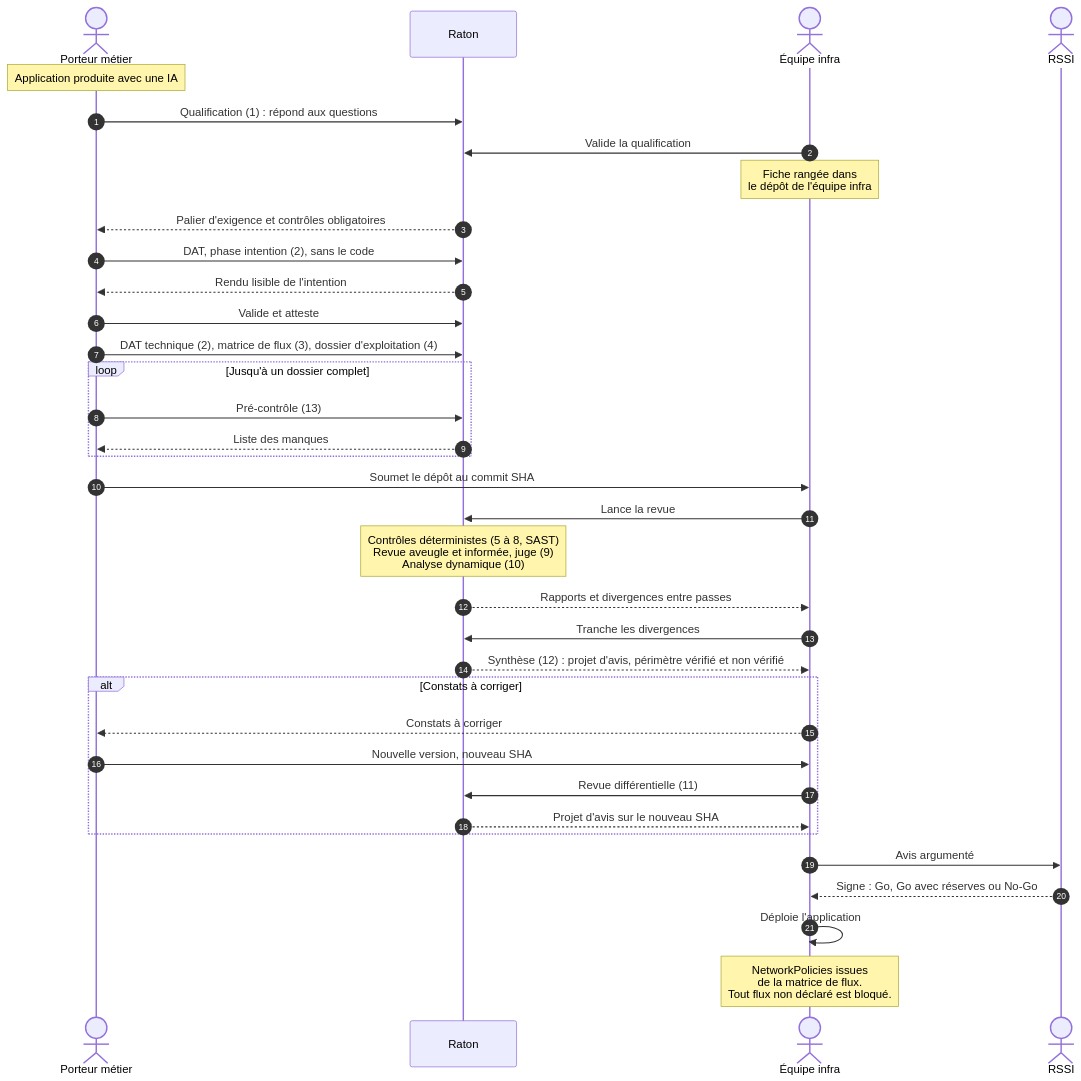
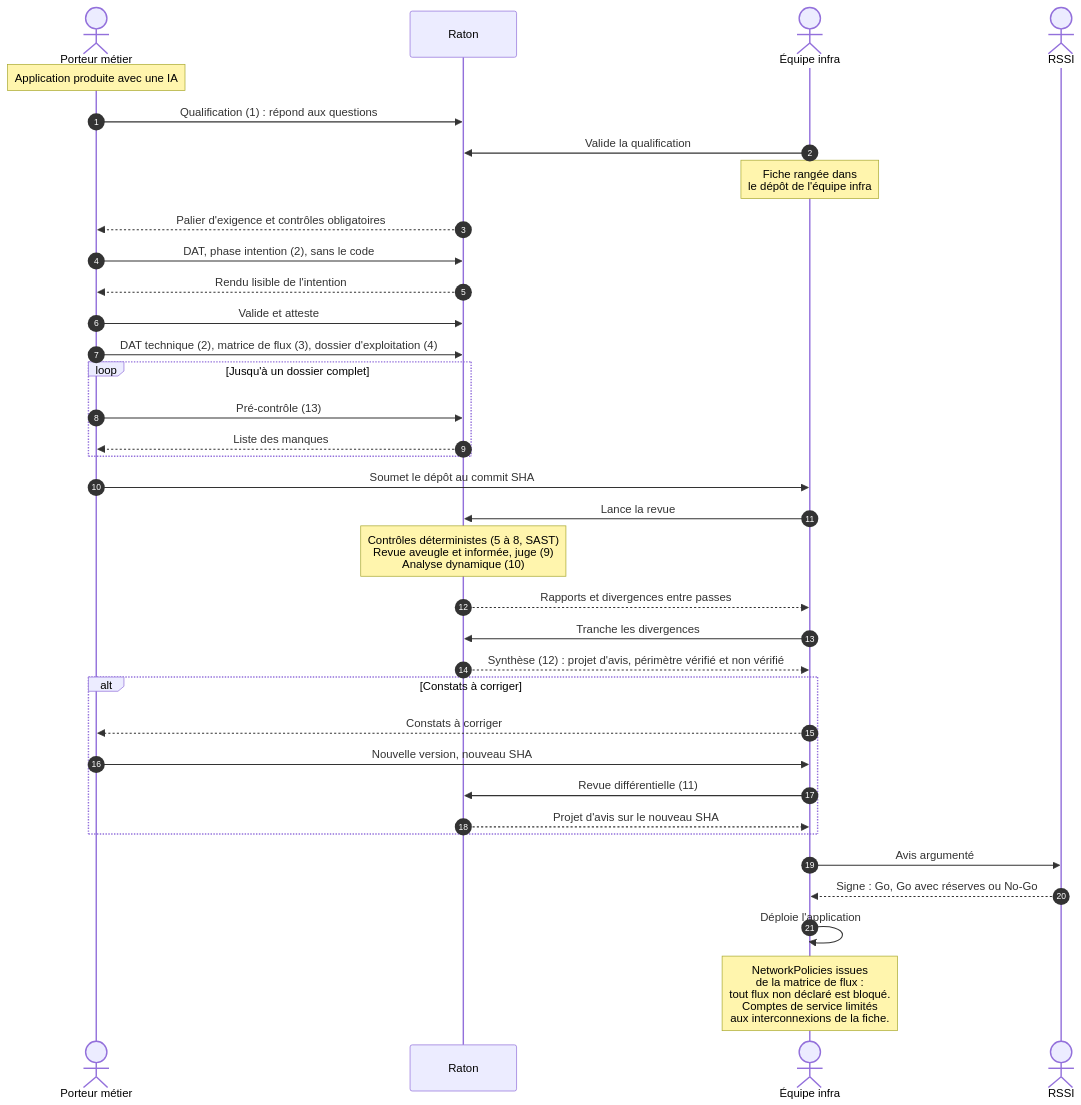
One commit to Jul0ow/Raton changed the second of 5 diagrams in docs/architecture.md. Above: the diagram before and after it, drawn with Mermaid. The commit also changed other lines of this file and 15 other files, not shown here.

````diff
--- a/docs/architecture.md
+++ b/docs/architecture.md
@@ -53,38 +53,38 @@
 ```mermaid
 sequenceDiagram
   autonumber
   actor M as Porteur métier
   participant R as Raton
   actor E as Équipe infra
   actor S as RSSI
 
   Note over M: Application produite avec une IA
   M->>R: Qualification (1) : répond aux questions
   E->>R: Valide la qualification
   Note over E: Fiche rangée dans<br/>le dépôt de l'équipe infra
   R-->>M: Palier d'exigence et contrôles obligatoires
   M->>R: DAT, phase intention (2), sans le code
   R-->>M: Rendu lisible de l'intention
   M->>R: Valide et atteste
   M->>R: DAT technique (2), matrice de flux (3), dossier d'exploitation (4)
   loop Jusqu'à un dossier complet
     M->>R: Pré-contrôle (13)
     R-->>M: Liste des manques
   end
   M->>E: Soumet le dépôt au commit SHA
   E->>R: Lance la revue
   Note over R: Contrôles déterministes (5 à 8, SAST)<br/>Revue aveugle et informée, juge (9)<br/>Analyse dynamique (10)
   R-->>E: Rapports et divergences entre passes
   E->>R: Tranche les divergences
   R-->>E: Synthèse (12) : projet d'avis, périmètre vérifié et non vérifié
   alt Constats à corriger
     E-->>M: Constats à corriger
     M->>E: Nouvelle version, nouveau SHA
     E->>R: Revue différentielle (11)
     R-->>E: Projet d'avis sur le nouveau SHA
   end
   E->>S: Avis argumenté
   S-->>E: Signe : Go, Go avec réserves ou No-Go
   E->>E: Déploie l'application
-  Note over E: NetworkPolicies issues<br/>de la matrice de flux.<br/>Tout flux non déclaré est bloqué.
+  Note over E: NetworkPolicies issues<br/>de la matrice de flux :<br/>tout flux non déclaré est bloqué.<br/>Comptes de service limités<br/>aux interconnexions de la fiche.
 ```
````
